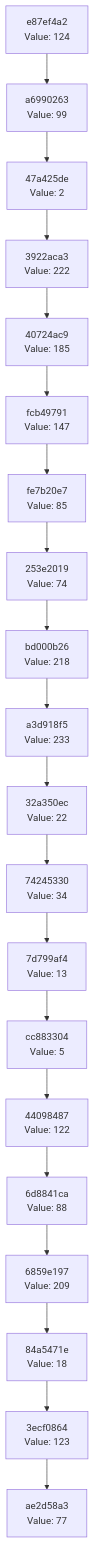
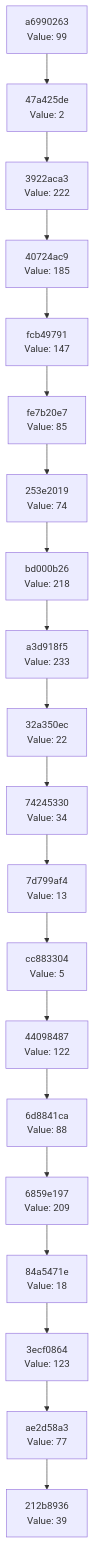
The diagram in docs/CHAIN_VISUALIZATION.md (Abhisheksinha1506/hash-chain-evolver), drawn with Mermaid before and after one commit. The commit also changed 2 other files, not shown here.

Commit message:
Evolution Step

````diff
--- a/docs/CHAIN_VISUALIZATION.md
+++ b/docs/CHAIN_VISUALIZATION.md
@@ -3,42 +3,42 @@
 ```mermaid
 graph TD
-    C0["ae2d58a3<br/>Value: 77"]
-    C1["3ecf0864<br/>Value: 123"]
+    C0["212b8936<br/>Value: 39"]
+    C1["ae2d58a3<br/>Value: 77"]
     C1 --> C0
-    C2["84a5471e<br/>Value: 18"]
+    C2["3ecf0864<br/>Value: 123"]
     C2 --> C1
-    C3["6859e197<br/>Value: 209"]
+    C3["84a5471e<br/>Value: 18"]
     C3 --> C2
-    C4["6d8841ca<br/>Value: 88"]
+    C4["6859e197<br/>Value: 209"]
     C4 --> C3
-    C5["44098487<br/>Value: 122"]
+    C5["6d8841ca<br/>Value: 88"]
     C5 --> C4
-    C6["cc883304<br/>Value: 5"]
+    C6["44098487<br/>Value: 122"]
     C6 --> C5
-    C7["7d799af4<br/>Value: 13"]
+    C7["cc883304<br/>Value: 5"]
     C7 --> C6
-    C8["74245330<br/>Value: 34"]
+    C8["7d799af4<br/>Value: 13"]
     C8 --> C7
-    C9["32a350ec<br/>Value: 22"]
+    C9["74245330<br/>Value: 34"]
     C9 --> C8
-    C10["a3d918f5<br/>Value: 233"]
+    C10["32a350ec<br/>Value: 22"]
     C10 --> C9
-    C11["bd000b26<br/>Value: 218"]
+    C11["a3d918f5<br/>Value: 233"]
     C11 --> C10
-    C12["253e2019<br/>Value: 74"]
+    C12["bd000b26<br/>Value: 218"]
     C12 --> C11
-    C13["fe7b20e7<br/>Value: 85"]
+    C13["253e2019<br/>Value: 74"]
     C13 --> C12
-    C14["fcb49791<br/>Value: 147"]
+    C14["fe7b20e7<br/>Value: 85"]
     C14 --> C13
-    C15["40724ac9<br/>Value: 185"]
+    C15["fcb49791<br/>Value: 147"]
     C15 --> C14
-    C16["3922aca3<br/>Value: 222"]
+    C16["40724ac9<br/>Value: 185"]
     C16 --> C15
-    C17["47a425de<br/>Value: 2"]
+    C17["3922aca3<br/>Value: 222"]
     C17 --> C16
-    C18["a6990263<br/>Value: 99"]
+    C18["47a425de<br/>Value: 2"]
     C18 --> C17
-    C19["e87ef4a2<br/>Value: 124"]
+    C19["a6990263<br/>Value: 99"]
     C19 --> C18
 ```
````
